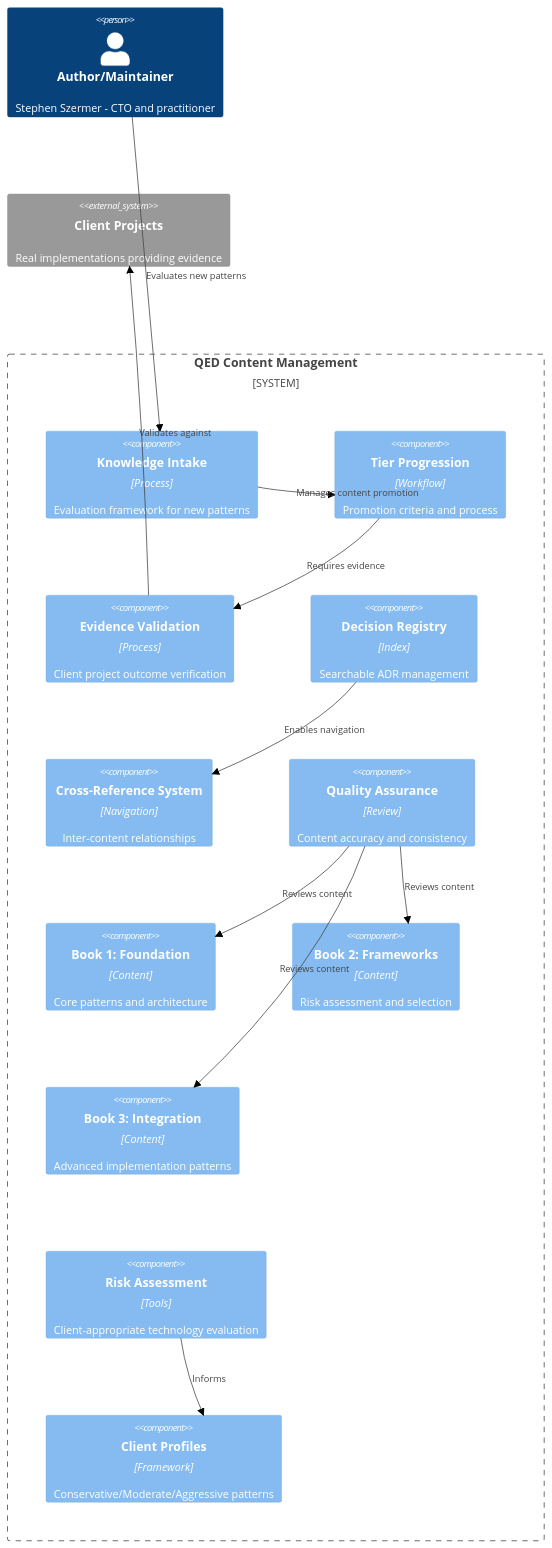
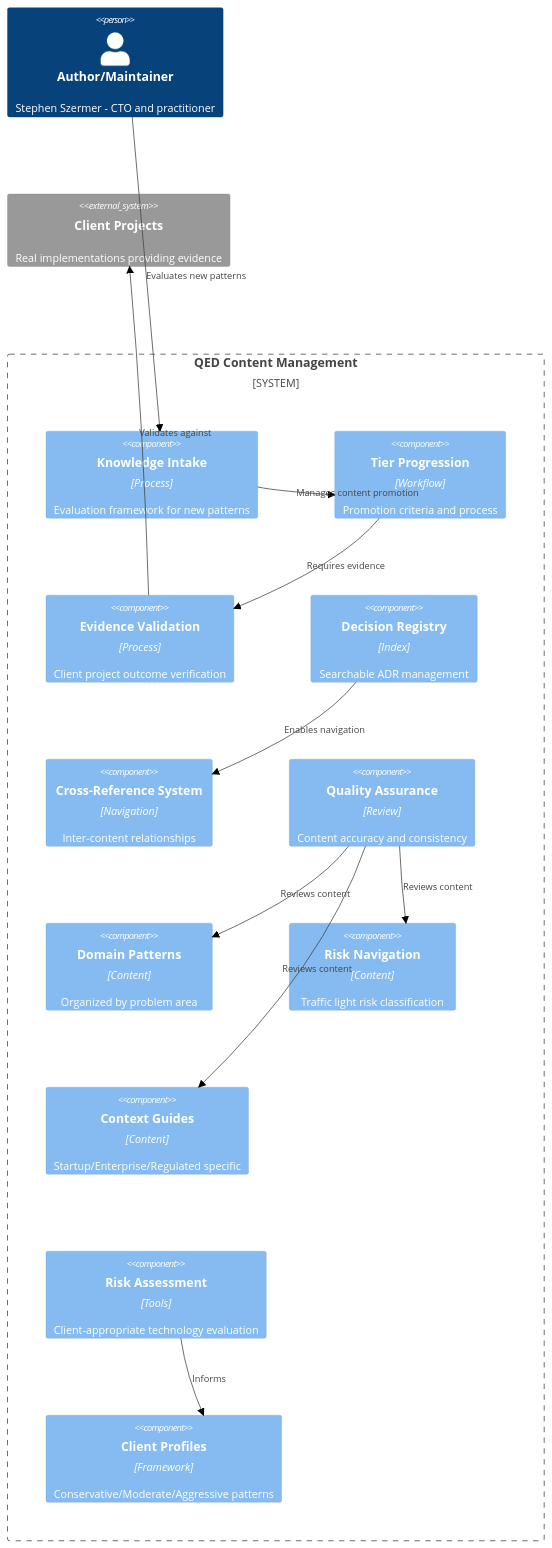
Before and after one commit to Szermer/QED: the third of 4 diagrams in C4_ARCHITECTURE.md, drawn with Mermaid (neutral theme). The commit also changed 723 other files, not shown here.

````diff
--- a/C4_ARCHITECTURE.md
+++ b/C4_ARCHITECTURE.md
@@ -70,31 +70,31 @@
 ```mermaid
 C4Component
     System_Boundary(content_management, "QED Content Management") {
         Component(intake_framework, "Knowledge Intake", "Process", "Evaluation framework for new patterns")
         Component(tier_progression, "Tier Progression", "Workflow", "Promotion criteria and process")
         Component(validation_system, "Evidence Validation", "Process", "Client project outcome verification")
         Component(decision_tracking, "Decision Registry", "Index", "Searchable ADR management")
         Component(cross_linking, "Cross-Reference System", "Navigation", "Inter-content relationships")
         Component(quality_control, "Quality Assurance", "Review", "Content accuracy and consistency")
         
-        Component(book1, "Book 1: Foundation", "Content", "Core patterns and architecture")
-        Component(book2, "Book 2: Frameworks", "Content", "Risk assessment and selection")
-        Component(book3, "Book 3: Integration", "Content", "Advanced implementation patterns")
+        Component(patterns_domain, "Domain Patterns", "Content", "Organized by problem area")
+        Component(patterns_risk, "Risk Navigation", "Content", "Traffic light risk classification")
+        Component(patterns_context, "Context Guides", "Content", "Startup/Enterprise/Regulated specific")
         
         Component(risk_matrices, "Risk Assessment", "Tools", "Client-appropriate technology evaluation")
         Component(client_profiles, "Client Profiles", "Framework", "Conservative/Moderate/Aggressive patterns")
     }
     
     Person(author, "Author/Maintainer", "Stephen Szermer - CTO and practitioner")
     System_Ext(client_projects, "Client Projects", "Real implementations providing evidence")
     
     Rel(author, intake_framework, "Evaluates new patterns")
     Rel(intake_framework, tier_progression, "Manages content promotion")
     Rel(tier_progression, validation_system, "Requires evidence")
     Rel(validation_system, client_projects, "Validates against")
     Rel(decision_tracking, cross_linking, "Enables navigation")
-    Rel(quality_control, book1, "Reviews content")
-    Rel(quality_control, book2, "Reviews content") 
-    Rel(quality_control, book3, "Reviews content")
+    Rel(quality_control, patterns_domain, "Reviews content")
+    Rel(quality_control, patterns_risk, "Reviews content") 
+    Rel(quality_control, patterns_context, "Reviews content")
     Rel(risk_matrices, client_profiles, "Informs")
 ```
````
